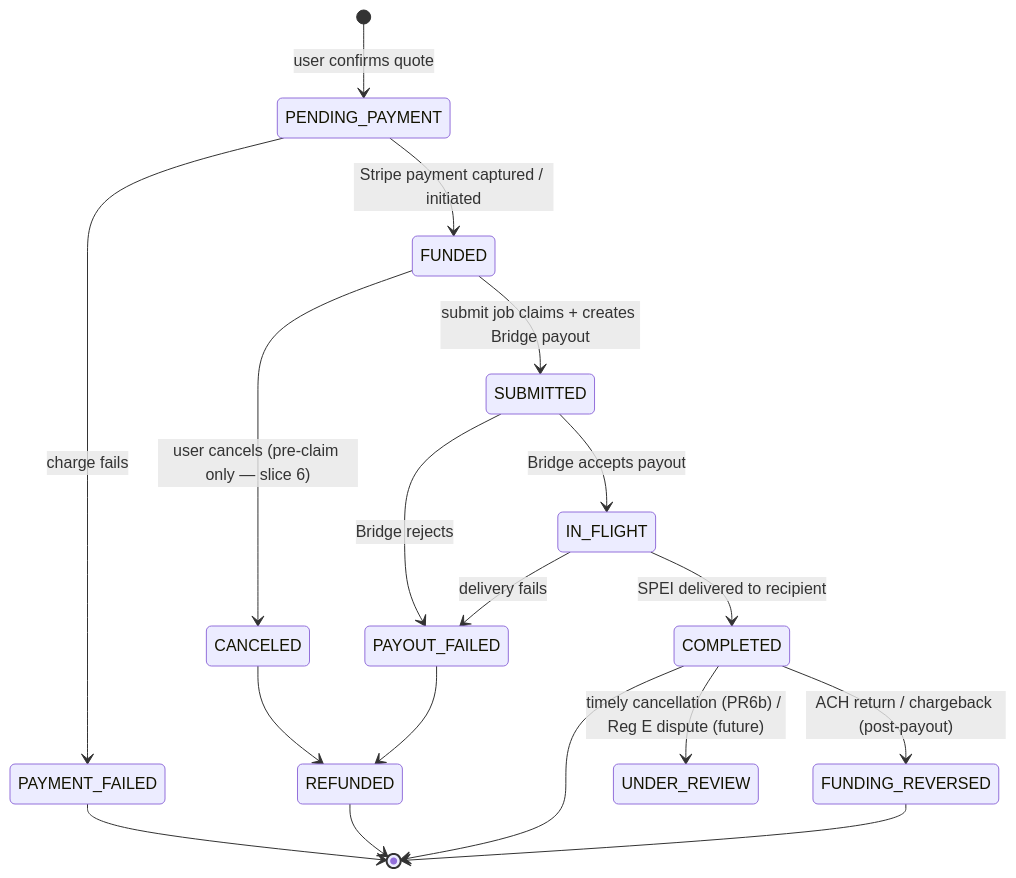
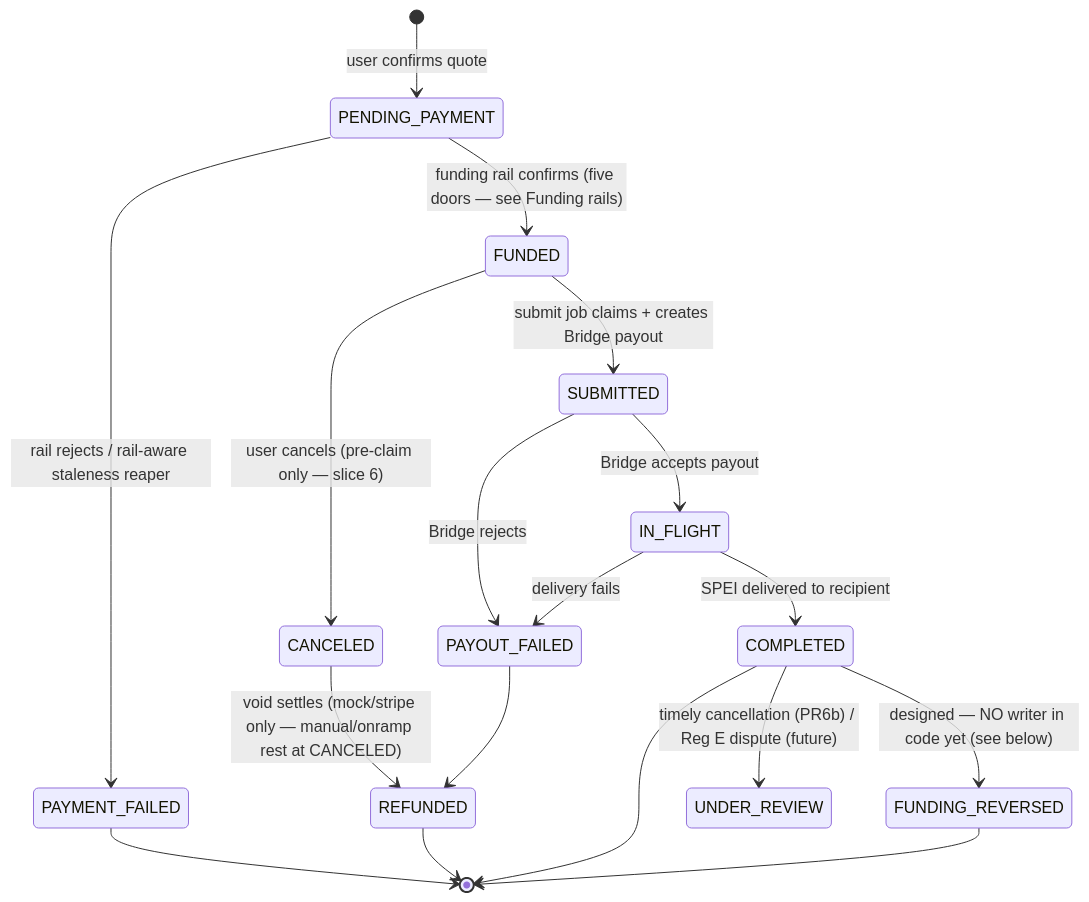
Before and after one commit to PuenteFinancial/PuenteApp: the first of 2 diagrams in docs/transfer-state-machine.md, drawn with Mermaid. The commit also changed other lines of this file and 6 other files, not shown here.

````diff
--- a/docs/transfer-state-machine.md
+++ b/docs/transfer-state-machine.md
@@ -15,20 +17,20 @@
 ```mermaid
 stateDiagram-v2
     [*] --> PENDING_PAYMENT: user confirms quote
-    PENDING_PAYMENT --> FUNDED: Stripe payment captured / initiated
-    PENDING_PAYMENT --> PAYMENT_FAILED: charge fails
+    PENDING_PAYMENT --> FUNDED: funding rail confirms (five doors — see Funding rails)
+    PENDING_PAYMENT --> PAYMENT_FAILED: rail rejects / rail-aware staleness reaper
     FUNDED --> SUBMITTED: submit job claims + creates Bridge payout
     FUNDED --> CANCELED: user cancels (pre-claim only — slice 6)
     SUBMITTED --> IN_FLIGHT: Bridge accepts payout
     SUBMITTED --> PAYOUT_FAILED: Bridge rejects
     IN_FLIGHT --> COMPLETED: SPEI delivered to recipient
     IN_FLIGHT --> PAYOUT_FAILED: delivery fails
-    CANCELED --> REFUNDED
+    CANCELED --> REFUNDED: void settles (mock/stripe only — manual/onramp rest at CANCELED)
     PAYOUT_FAILED --> REFUNDED
-    COMPLETED --> FUNDING_REVERSED: ACH return / chargeback (post-payout)
+    COMPLETED --> FUNDING_REVERSED: designed — NO writer in code yet (see below)
     COMPLETED --> UNDER_REVIEW: timely cancellation (PR6b) / Reg E dispute (future)
     PAYMENT_FAILED --> [*]
     REFUNDED --> [*]
     COMPLETED --> [*]
     FUNDING_REVERSED --> [*]
 ```
````
